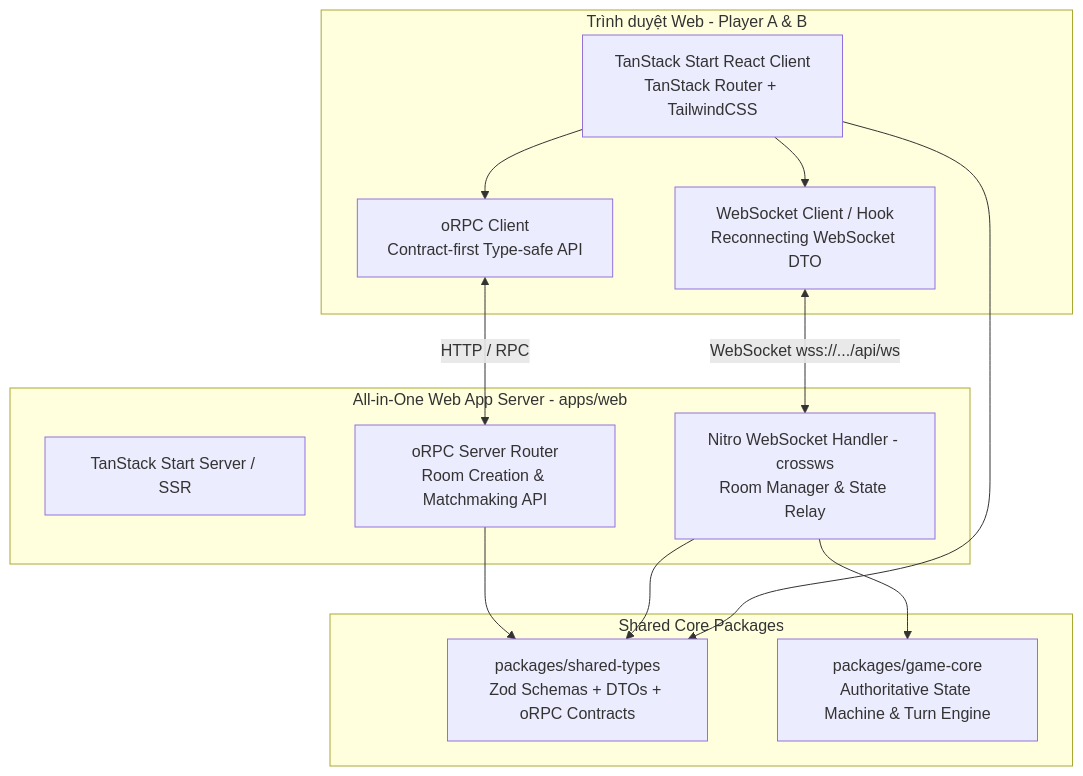
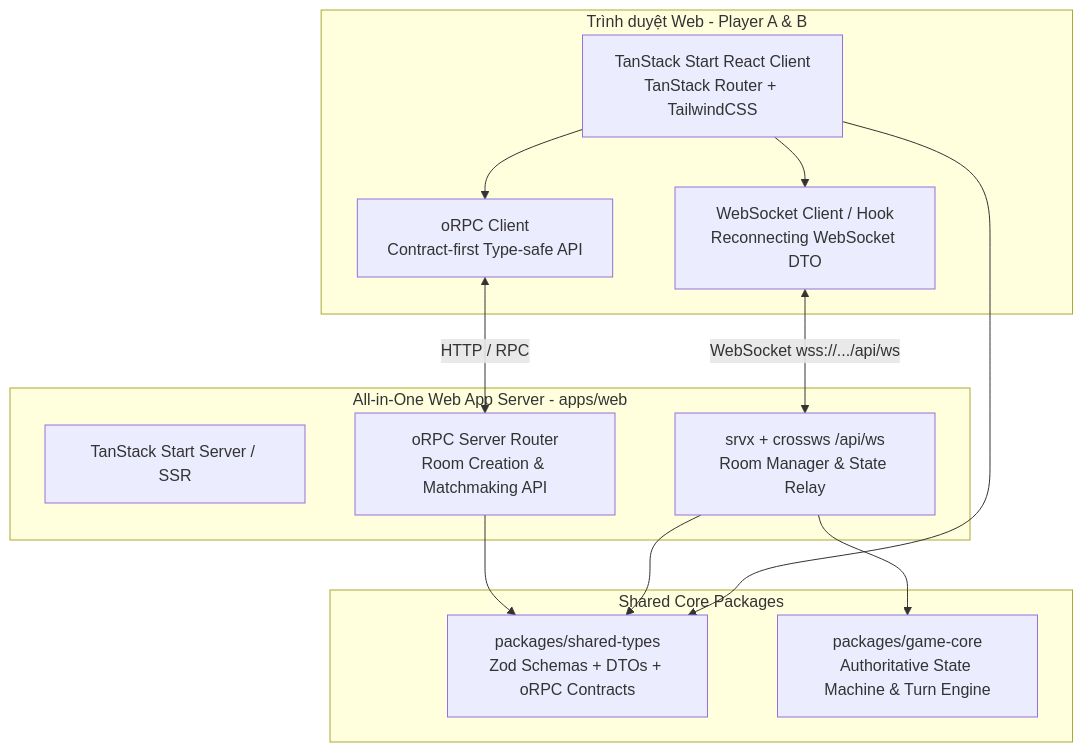
One commit to ngvihoa/twofold changed the first of 3 diagrams in docs/development/development-plan.md. Above: the diagram before and after it, drawn with Mermaid. The commit also changed other lines of this file and 17 other files, not shown here.

First line of the commit message:
feat: integrate WebSocket server using crossws for real-time multiplayer functionality

````diff
--- a/docs/development/development-plan.md
+++ b/docs/development/development-plan.md
@@ -27,29 +27,29 @@
 ```mermaid
 graph TB
     subgraph Client [Trình duyệt Web - Player A & B]
         UI[TanStack Start React Client\nTanStack Router + TailwindCSS]
         ORPC_C[oRPC Client\nContract-first Type-safe API]
         WS_C[WebSocket Client / Hook\nReconnecting WebSocket DTO]
     end
 
     subgraph Server [All-in-One Web App Server - apps/web]
         SSR[TanStack Start Server / SSR]
         ORPC_S[oRPC Server Router\nRoom Creation & Matchmaking API]
-        WS_S[Nitro WebSocket Handler - crossws\nRoom Manager & State Relay]
+        WS_S[srvx + crossws /api/ws\nRoom Manager & State Relay]
     end
 
     subgraph Engine [Shared Core Packages]
         ST[packages/shared-types\nZod Schemas + DTOs + oRPC Contracts]
         GC[packages/game-core\nAuthoritative State Machine & Turn Engine]
     end
 
     UI --> ORPC_C
     UI --> WS_C
     ORPC_C <-->|HTTP / RPC| ORPC_S
     WS_C <-->|WebSocket wss://.../api/ws| WS_S
 
     ORPC_S --> ST
     WS_S --> ST
     WS_S --> GC
     UI --> ST
 ```
````
